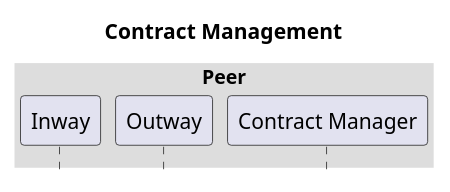
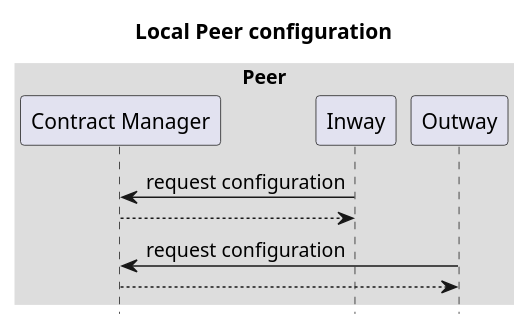
Before and after one commit to Logius-standaarden/fsc-core: the fifth of 5 diagrams in draft-fsc-core-00.md, drawn with PlantUML. The commit also changed other lines of this file, not shown here.

Commit message:
architecture - trust anchor and content manager

```diff
--- a/draft-fsc-core-00.md
+++ b/draft-fsc-core-00.md
@@ -302,15 +267,17 @@
 @startuml
+title: Local Peer configuration
 
-title: Contract Management
+box "Peer"
+  participant "Contract Manager" as manager
+  participant "Inway" as inway
+  participant "Outway" as outway
+end box
+inway -> manager : request configuration
+return
+outway -> manager : request configuration
+return
 
 skinparam sequenceBoxBorderColor #transparent
 skinparam boxPadding 50
 hide footbox
-
-box "Peer"
-participant "Inway" as inway
-participant "Outway" as outway
-participant "Contract Manager" as manager
-end box
-
 @enduml
```
